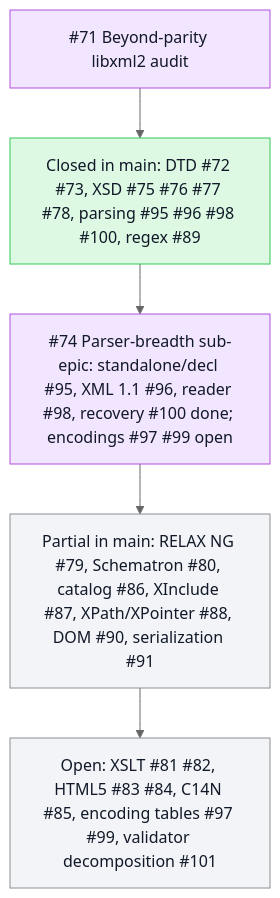
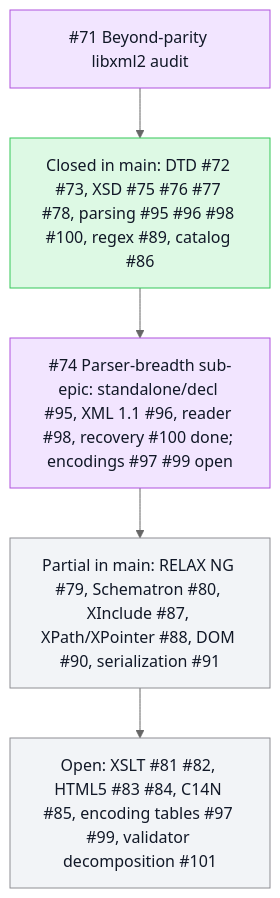
One commit to mihaelamj/PureXML changed the second of 2 diagrams in README.md. Above: the diagram before and after it, drawn with Mermaid (neutral theme). The commit also changed other lines of this file, not shown here.

Commit message:
docs: move closed catalog #86 to done in roadmap, refresh test count

````diff
--- a/README.md
+++ b/README.md
@@ -73,16 +73,16 @@
 ```mermaid
 flowchart TB
   classDef done fill:#ddf9e4,stroke:#34c759,color:#111827
   classDef review fill:#fff7d6,stroke:#ffcc00,color:#111827
   classDef epic fill:#f2e5ff,stroke:#af52de,color:#111827
   classDef todo fill:#f2f4f7,stroke:#8e8e93,color:#111827
   Epic71["#71 Beyond-parity libxml2 audit"]:::epic
-  AuditDone["Closed in main: DTD #72 #73, XSD #75 #76 #77 #78, parsing #95 #96 #98 #100, regex #89"]:::done
+  AuditDone["Closed in main: DTD #72 #73, XSD #75 #76 #77 #78, parsing #95 #96 #98 #100, regex #89, catalog #86"]:::done
   Epic74["#74 Parser-breadth sub-epic: standalone/decl #95, XML 1.1 #96, reader #98, recovery #100 done; encodings #97 #99 open"]:::epic
-  Partial["Partial in main: RELAX NG #79, Schematron #80, catalog #86, XInclude #87, XPath/XPointer #88, DOM #90, serialization #91"]:::todo
+  Partial["Partial in main: RELAX NG #79, Schematron #80, XInclude #87, XPath/XPointer #88, DOM #90, serialization #91"]:::todo
   Open["Open: XSLT #81 #82, HTML5 #83 #84, C14N #85, encoding tables #97 #99, validator decomposition #101"]:::todo
   Epic71 --> AuditDone
   AuditDone --> Epic74
   Epic74 --> Partial
   Partial --> Open
 ```
````
